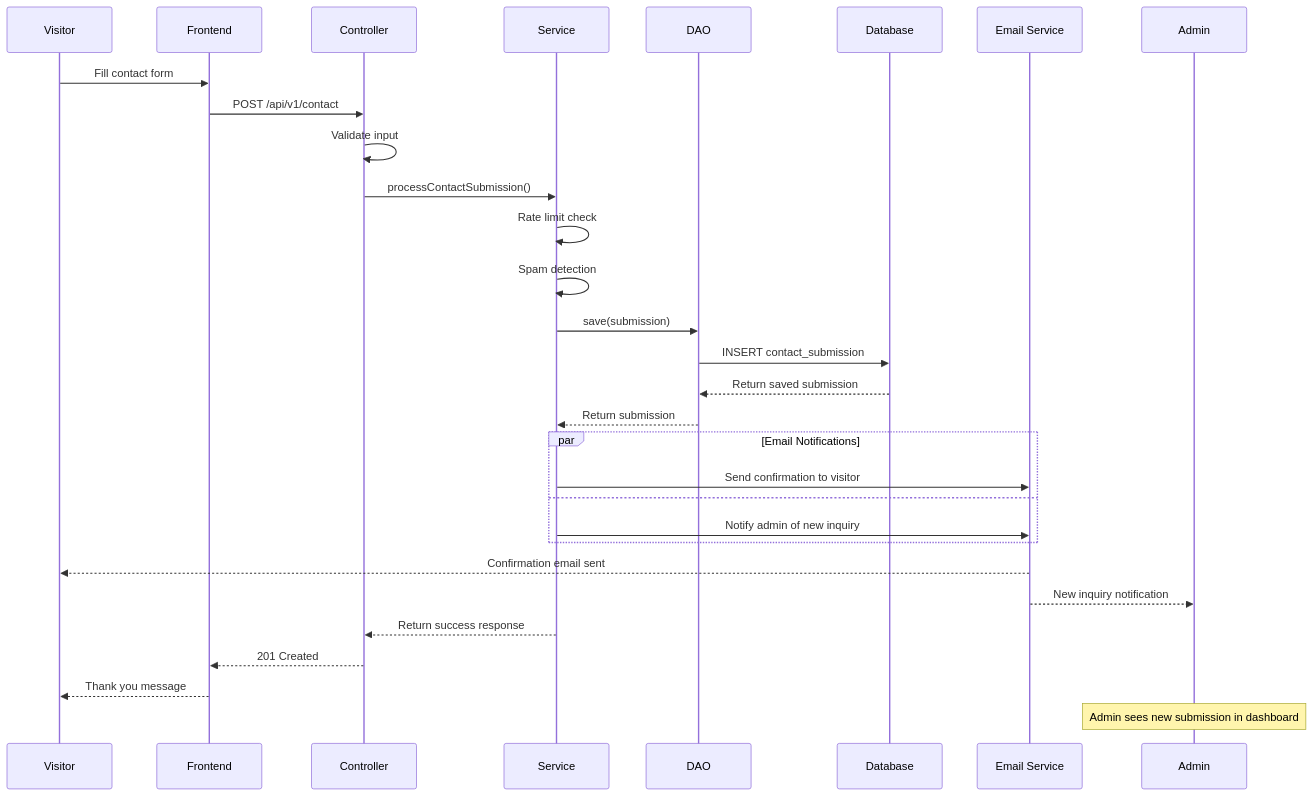
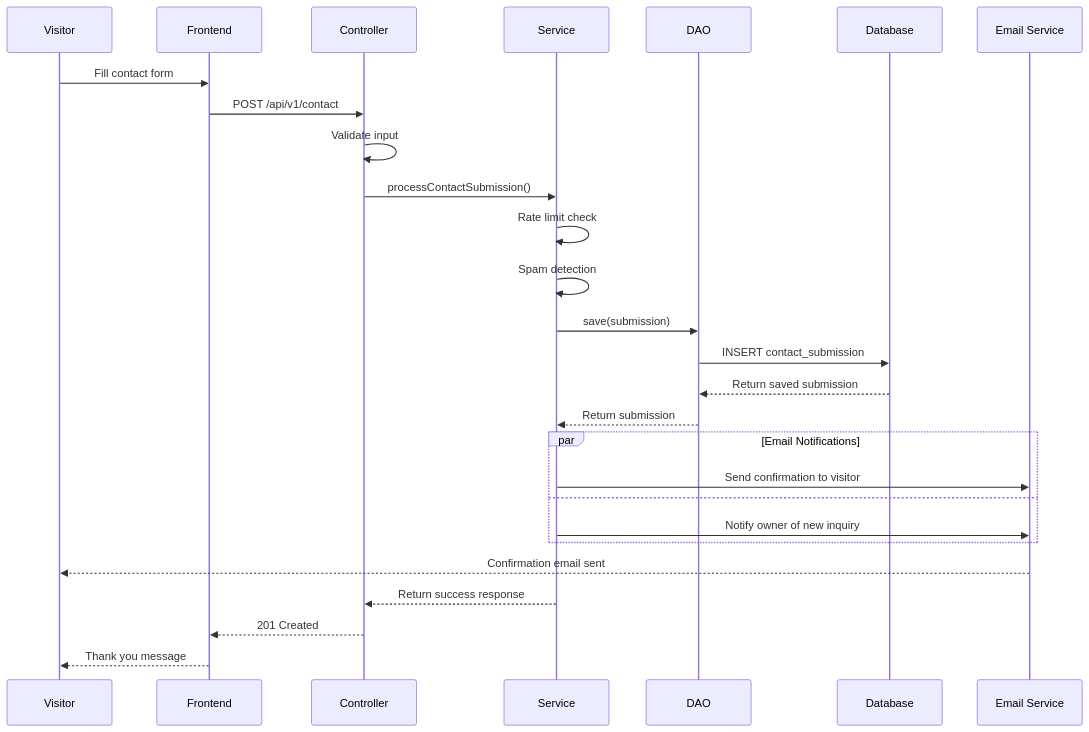
Before and after one commit to caseythecoder90/personal-website-backend: the third of 10 diagrams in docs/architecture/DIAGRAMS.md, drawn with Mermaid. The commit also changed other lines of this file and 22 other files, not shown here.

````diff
--- a/docs/architecture/DIAGRAMS.md
+++ b/docs/architecture/DIAGRAMS.md
@@ -80,37 +78,33 @@
 ```mermaid
 sequenceDiagram
     participant V as Visitor
     participant F as Frontend
     participant C as Controller
     participant S as Service
     participant D as DAO
     participant DB as Database
     participant E as Email Service
-    participant A as Admin
 
     V->>F: Fill contact form
     F->>C: POST /api/v1/contact
     C->>C: Validate input
     C->>S: processContactSubmission()
     S->>S: Rate limit check
     S->>S: Spam detection
     S->>D: save(submission)
     D->>DB: INSERT contact_submission
     DB-->>D: Return saved submission
     D-->>S: Return submission
-    
+
     par Email Notifications
         S->>E: Send confirmation to visitor
         and
-        S->>E: Notify admin of new inquiry
+        S->>E: Notify owner of new inquiry
     end
-    
+
     E-->>V: Confirmation email sent
-    E-->>A: New inquiry notification
-    
+
     S-->>C: Return success response
     C-->>F: 201 Created
     F-->>V: Thank you message
-    
-    Note over A: Admin sees new submission in dashboard
 ```
````
